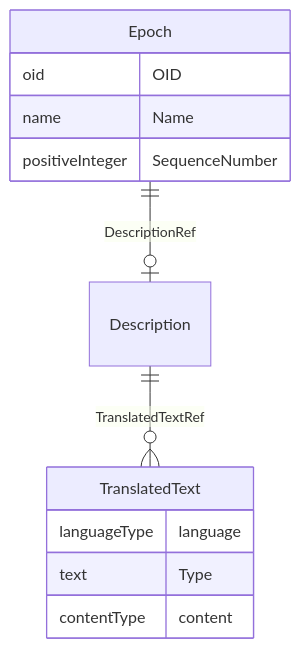
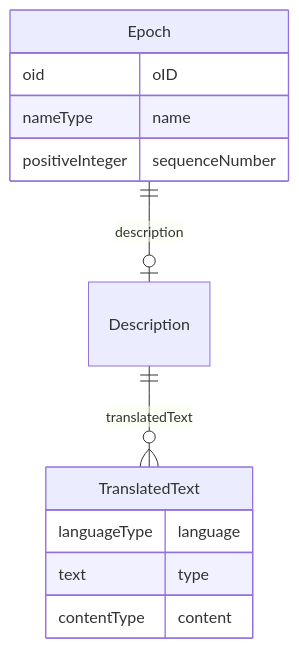
Before and after one commit to cdisc-org/DataExchange-ODM-LinkML: the diagram in docs/Epoch.md, drawn with Mermaid. The commit also changed other lines of this file and 759 other files, not shown here.

````diff
--- a/docs/Epoch.md
+++ b/docs/Epoch.md
@@ -11,20 +11,20 @@
 ```mermaid
 erDiagram
 Epoch {
-    oid OID  
-    name Name  
-    positiveInteger SequenceNumber  
+    oid oID  
+    nameType name  
+    positiveInteger sequenceNumber  
 }
 Description {
 
 }
 TranslatedText {
     languageType language  
-    text Type  
+    text type  
     contentType content  
 }
 
-Epoch ||--|o Description : "DescriptionRef"
-Description ||--}o TranslatedText : "TranslatedTextRef"
+Epoch ||--|o Description : "description"
+Description ||--}o TranslatedText : "translatedText"
 
 ```
````
